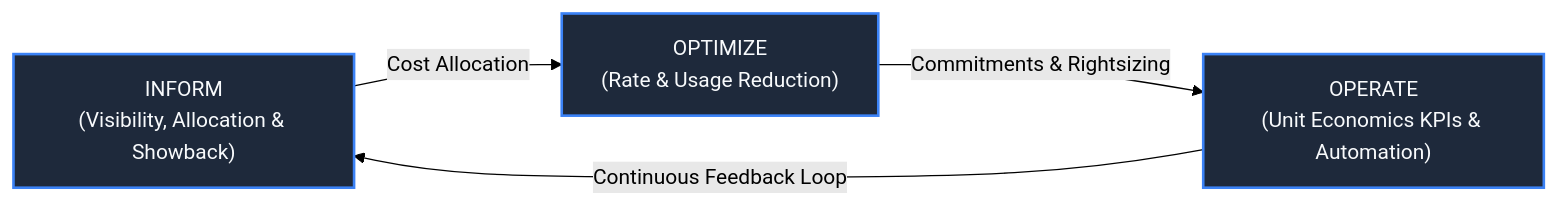
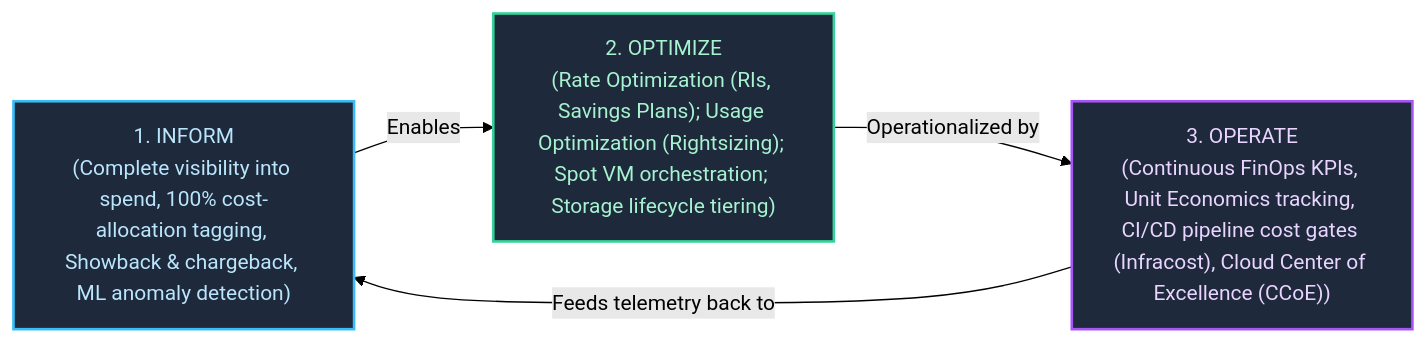
Before and after one commit to joydeep-biswas/Interview-Preparation: the third of 8 diagrams in Cloud Engineering/15_finops_governance_and_enterprise_operations.md, drawn with Mermaid (forest theme). The commit also changed other lines of this file and 143 other files, not shown here.

````diff
--- a/Cloud Engineering/15_finops_governance_and_enterprise_operations.md
+++ b/Cloud Engineering/15_finops_governance_and_enterprise_operations.md
@@ -115,9 +145,16 @@
 ```mermaid
 flowchart LR
-    Inform["INFORM<br/>(Visibility, Allocation & Showback)"] -->|"Cost Allocation"| Optimize["OPTIMIZE<br/>(Rate & Usage Reduction)"]
-    Optimize -->|"Commitments & Rightsizing"| Operate["OPERATE<br/>(Unit Economics KPIs & Automation)"]
-    Operate -->|"Continuous Feedback Loop"| Inform
+    Inform["1. INFORM<br/>(Complete visibility into spend, 100% cost-allocation tagging, Showback & chargeback, ML anomaly detection)"]
+    
+    Optimize["2. OPTIMIZE<br/>(Rate Optimization (RIs, Savings Plans); Usage Optimization (Rightsizing); Spot VM orchestration; Storage lifecycle tiering)"]
+    
+    Operate["3. OPERATE<br/>(Continuous FinOps KPIs, Unit Economics tracking, CI/CD pipeline cost gates (Infracost), Cloud Center of Excellence (CCoE))"]
 
-    classDef phase fill:#1e293b,stroke:#3b82f6,stroke-width:2px,color:#f8fafc;
-    class Inform,Optimize,Operate phase;
+    Inform -->|"Enables"| Optimize
+    Optimize -->|"Operationalized by"| Operate
+    Operate -->|"Feeds telemetry back to"| Inform
+
+    style Inform fill:#1e293b,stroke:#38bdf8,stroke-width:2px,color:#bae6fd
+    style Optimize fill:#1e293b,stroke:#34d399,stroke-width:2px,color:#a7f3d0
+    style Operate fill:#1e293b,stroke:#a855f7,stroke-width:2px,color:#e9d5ff
 ```
````
